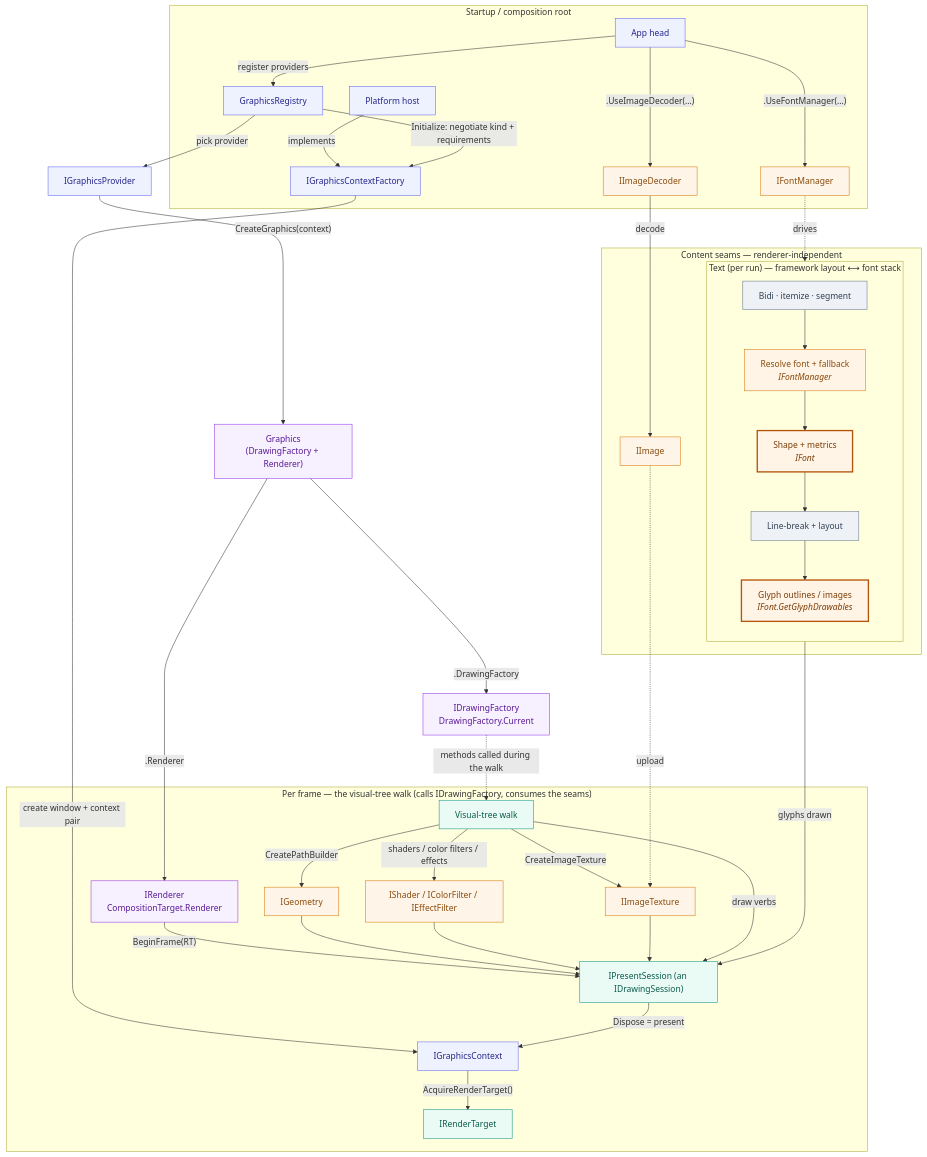
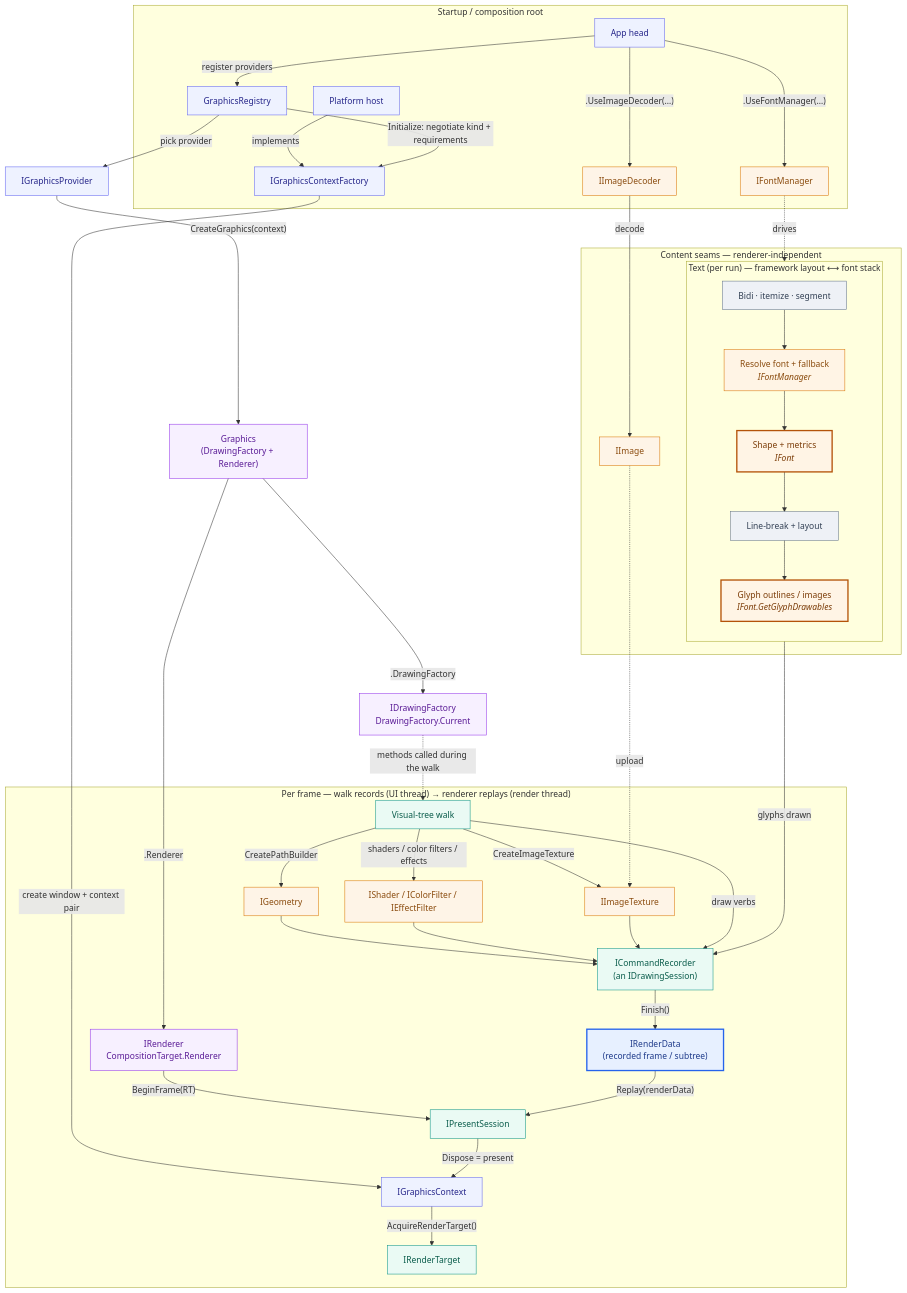
The diagram in doc/uno-drawing-backend-design.md (unoplatform/uno), drawn with Mermaid before and after one commit. The commit also changed other lines of this file, not shown here.

Commit message:
docs(drawing-backend): show the retained path in the flow diagram
Diagram now depicts the retained pipeline the Skia renderer actually uses: the
walk records verbs into an ICommandRecorder -> Finish() -> IRenderData, which the
renderer Replays into the IPresentSession. Caption keeps the base-is-immediate
contract explicit (immediate collapses the recorder + IRenderData); retaining is
the optional IRetainedRenderingSession layer.

````diff
--- a/doc/uno-drawing-backend-design.md
+++ b/doc/uno-drawing-backend-design.md
@@ -79,60 +79,64 @@
 ```mermaid
 flowchart TB
   subgraph Startup["Startup / composition root"]
     App["App head"] -->|"register providers"| Reg["GraphicsRegistry"]
     App -->|".UseImageDecoder(…)"| Dec["IImageDecoder"]
     App -->|".UseFontManager(…)"| FM["IFontManager"]
     Host["Platform host"] -->|"implements"| CF["IGraphicsContextFactory"]
   end
 
   Reg -->|"Initialize: negotiate kind + requirements"| CF
   CF -->|"create window + context pair"| Ctx["IGraphicsContext"]
   Reg -->|"pick provider"| Prov["IGraphicsProvider"]
   Prov -->|"CreateGraphics(context)"| GS["Graphics<br/>(DrawingFactory + Renderer)"]
   GS -->|".DrawingFactory"| Fac["IDrawingFactory<br/>DrawingFactory.Current"]
   GS -->|".Renderer"| Ren["IRenderer<br/>CompositionTarget.Renderer"]
 
   subgraph Content["Content seams — renderer-independent"]
     Dec -->|"decode"| IMG["IImage"]
     subgraph TextLane["Text (per run) — framework layout ⟷ font stack"]
       direction TB
       TA["Bidi · itemize · segment"] --> FR["Resolve font + fallback<br/><i>IFontManager</i>"]
       FR --> SH["Shape + metrics<br/><i>IFont</i>"]
       SH --> LB["Line-break + layout"]
       LB --> GL["Glyph outlines / images<br/><i>IFont.GetGlyphDrawables</i>"]
     end
   end
   FM -.->|"drives"| FR
 
-  subgraph Frame["Per frame — the visual-tree walk (calls IDrawingFactory, consumes the seams)"]
-    Ren -->|"BeginFrame(RT)"| PS["IPresentSession (an IDrawingSession)"]
-    Ctx -->|"AcquireRenderTarget()"| RT["IRenderTarget"]
+  subgraph Frame["Per frame — walk records (UI thread) → renderer replays (render thread)"]
     Tree["Visual-tree walk"] -->|"CreatePathBuilder"| GEO["IGeometry"]
     Tree -->|"shaders / color filters / effects"| PNT["IShader / IColorFilter / IEffectFilter"]
     Tree -->|"CreateImageTexture"| TEX["IImageTexture"]
-    GEO --> PS
-    PNT --> PS
-    TEX --> PS
-    Tree -->|"draw verbs"| PS
+    GEO --> REC["ICommandRecorder<br/>(an IDrawingSession)"]
+    PNT --> REC
+    TEX --> REC
+    Tree -->|"draw verbs"| REC
+    REC -->|"Finish()"| RD["IRenderData<br/>(recorded frame / subtree)"]
+    Ren -->|"BeginFrame(RT)"| PS["IPresentSession"]
+    RD -->|"Replay(renderData)"| PS
+    Ctx -->|"AcquireRenderTarget()"| RT["IRenderTarget"]
     PS -->|"Dispose = present"| Ctx
   end
 
   Fac -.->|"methods called during the walk"| Tree
   IMG -.->|"upload"| TEX
-  GL -->|"glyphs drawn"| PS
+  GL -->|"glyphs drawn"| REC
 
   classDef startup fill:#eef2ff,stroke:#6366f1,color:#26268a;
   classDef install fill:#f7f0ff,stroke:#9333ea,color:#5a1b96;
   classDef frame fill:#eafaf4,stroke:#0d9488,color:#0a5c4b;
   classDef content fill:#fef4e7,stroke:#d97706,color:#8a4b0e;
   classDef fw fill:#eef1f6,stroke:#64748b,color:#334155;
   classDef mgr fill:#fff4e5,stroke:#d97706,color:#8a4b0e;
   classDef font fill:#fff4e5,stroke:#b45309,color:#7c3d09,stroke-width:2.5px;
+  classDef retained fill:#e7f0ff,stroke:#2563eb,color:#1e3a8a,stroke-width:2.5px;
   class App,Reg,Host,CF,Ctx,Prov startup;
   class GS,Fac,Ren install;
-  class Tree,PS,RT frame;
+  class Tree,REC,PS,RT frame;
+  class RD retained;
   class Dec,FM,IMG,GEO,TEX,PNT content;
   class TA,LB fw;
   class FR mgr;
   class SH,GL font;
 ```
````
